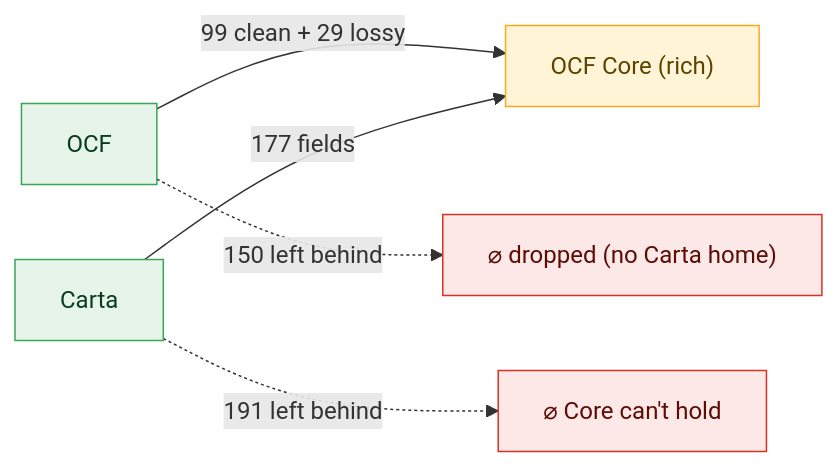
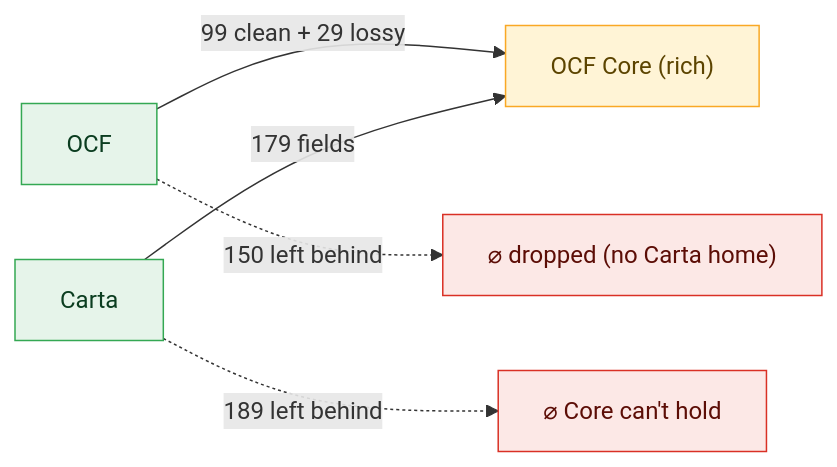
One commit to Open-Cap-Table-Coalition/OCF-Composed-Schemas changed the first of 47 diagrams in docs/core-bidirectional-flow.md. Above: the diagram before and after it, drawn with Mermaid. The commit also changed other lines of this file and 5 other files, not shown here.

First line of the commit message:
Composite const: flow the fixed reasons into the final lineage objects too

````diff
--- a/docs/core-bidirectional-flow.md
+++ b/docs/core-bidirectional-flow.md
@@ -11,11 +11,11 @@
 ```mermaid
 flowchart LR
   classDef core fill:#fff4d6,stroke:#f9a825,color:#5c4400;
   classDef in fill:#e6f4ea,stroke:#34a853,color:#0b3d20;
   classDef out fill:#fce8e6,stroke:#d93025,color:#5c0d06;
   OCF["OCF"]:::in -->|"99 clean + 29 lossy"| CORE
   OCF -.->|"150 left behind"| ocfvoid["⌀ dropped (no Carta home)"]:::out
   CORE["OCF Core (rich)"]:::core
-  Carta["Carta"]:::in -->|"177 fields"| CORE
-  Carta -.->|"191 left behind"| cartavoid["⌀ Core can't hold"]:::out
+  Carta["Carta"]:::in -->|"179 fields"| CORE
+  Carta -.->|"189 left behind"| cartavoid["⌀ Core can't hold"]:::out
 ```
````
